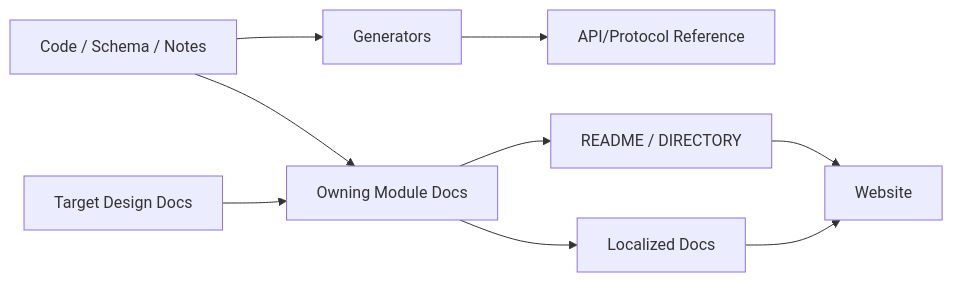
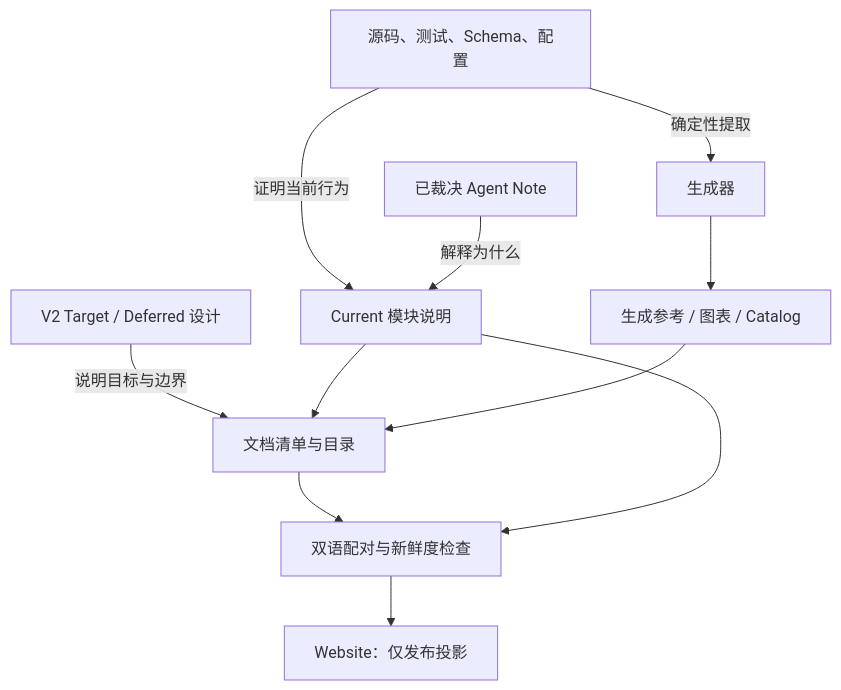
One commit to Cainheart/tracegraph-agent changed the first of 3 diagrams in docs/outlive-agent-v2/02-repository-governance/02-docs-generation-i18n.md. Above: the diagram before and after it, drawn with Mermaid. The commit also changed other lines of this file and 35 other files, not shown here.

First line of the commit message:
docs(architecture): 以 Agent Runtime 与 Session/Evidence 取代三平面模型

````diff
--- a/docs/outlive-agent-v2/02-repository-governance/02-docs-generation-i18n.md
+++ b/docs/outlive-agent-v2/02-repository-governance/02-docs-generation-i18n.md
@@ -15,11 +17,13 @@
 ```mermaid
-flowchart LR
-  SRC[Code / Schema / Notes] --> GEN[Generators]
-  GEN --> API[API/Protocol Reference]
-  SRC --> MOD[Owning Module Docs]
-  DES[Target Design Docs] --> MOD
-  MOD --> IDX[README / DIRECTORY]
-  MOD --> L10N[Localized Docs]
-  IDX --> SITE[Website]
-  L10N --> SITE
+flowchart TB
+  SRC[源码、测试、Schema、配置] -->|证明当前行为| CUR[Current 模块说明]
+  DEC[已裁决 Agent Note] -->|解释为什么| CUR
+  DESIGN[V2 Target / Deferred 设计] -->|说明目标与边界| IDX[文档清单与目录]
+  SRC -->|确定性提取| GEN[生成器]
+  GEN --> REF[生成参考 / 图表 / Catalog]
+  CUR --> IDX
+  REF --> IDX
+  IDX --> PAIR[双语配对与新鲜度检查]
+  CUR --> PAIR
+  PAIR --> SITE[Website：仅发布投影]
 ```
````
